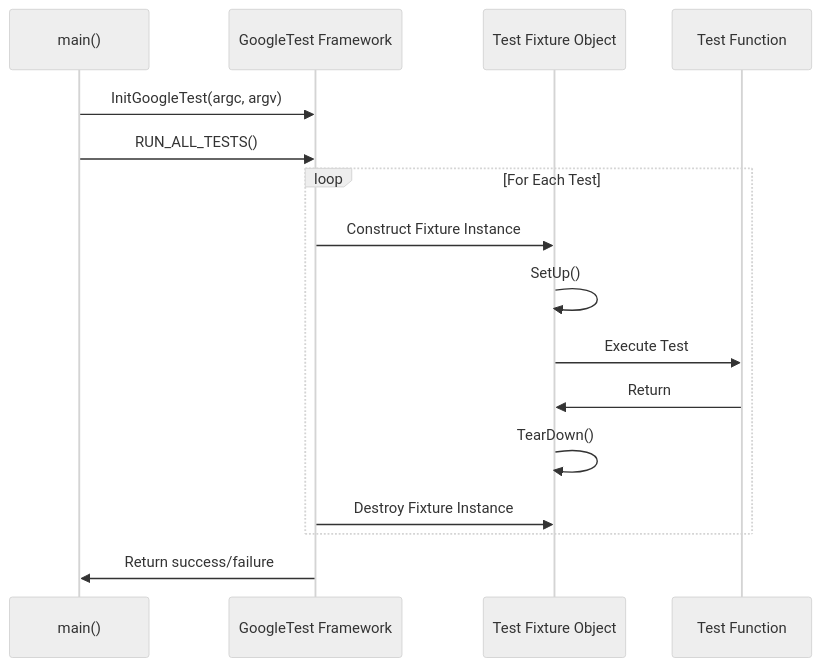
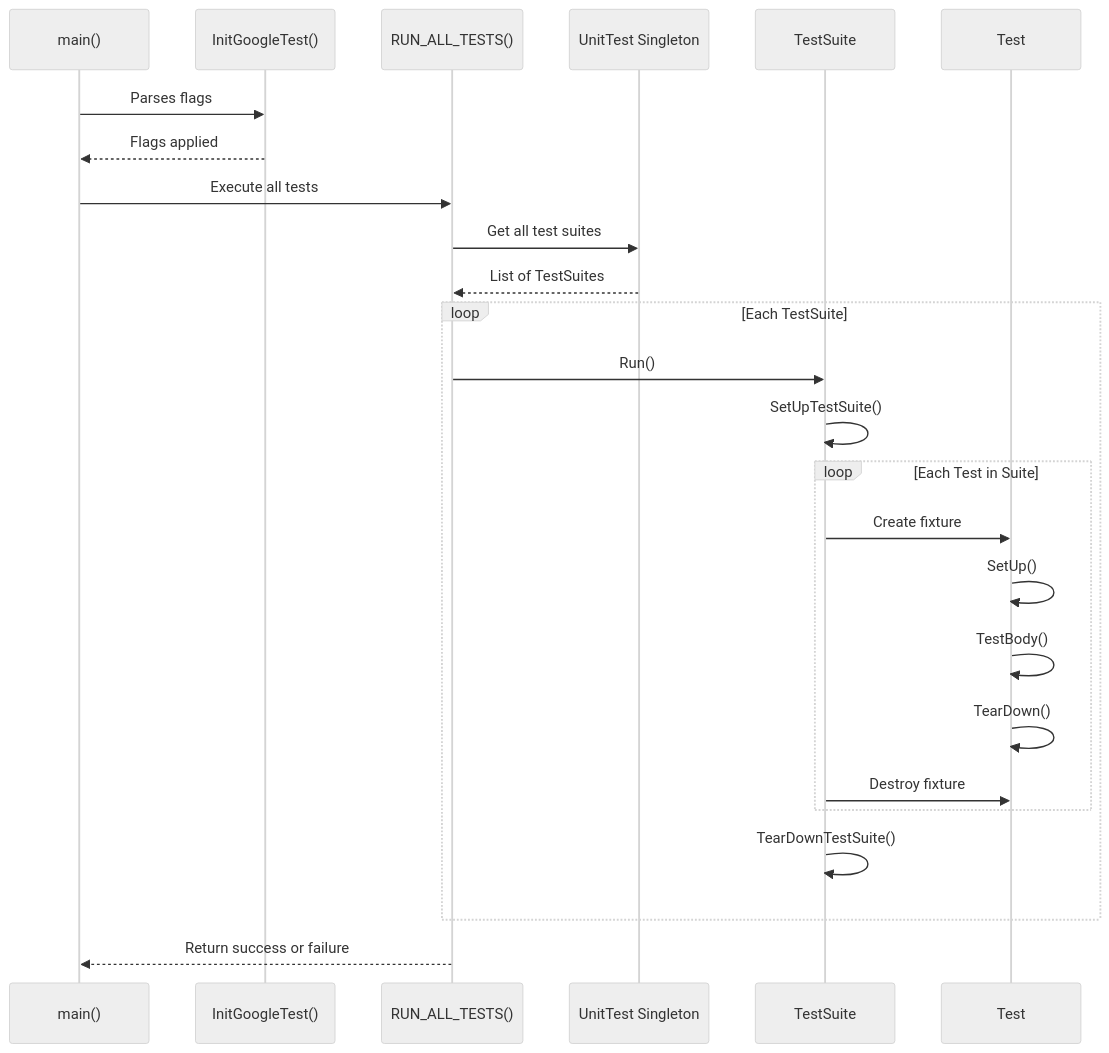
Before and after one commit to clidey/docucod-public-project-869ef7c3-7eff-4ad2-9765-2698303f14d7: the diagram in api-reference/core-testing-apis/test-structure-and-lifecycle.mdx, drawn with Mermaid (neutral theme). The commit also changed other lines of this file and 58 other files, not shown here.

````diff
--- a/api-reference/core-testing-apis/test-structure-and-lifecycle.mdx
+++ b/api-reference/core-testing-apis/test-structure-and-lifecycle.mdx
@@ -282,19 +270,33 @@
 ```mermaid
 sequenceDiagram
   participant Main as main()
-  participant GoogleTest as GoogleTest Framework
-  participant Fixture as Test Fixture Object
-  participant TestBody as Test Function
+  participant Init as InitGoogleTest()
+  participant Runner as RUN_ALL_TESTS()
+  participant UnitTest as UnitTest Singleton
+  participant TestSuite as TestSuite
+  participant Test as Test
 
-  Main->>GoogleTest: InitGoogleTest(argc, argv)
-  Main->>GoogleTest: RUN_ALL_TESTS()
-  loop For Each Test
-    GoogleTest->>Fixture: Construct Fixture Instance
-    Fixture->>Fixture: SetUp()
-    Fixture->>TestBody: Execute Test
-    TestBody->>Fixture: Return
-    Fixture->>Fixture: TearDown()
-    GoogleTest->>Fixture: Destroy Fixture Instance
+  Main->>Init: Parses flags
+  Init-->>Main: Flags applied
+
+  Main->>Runner: Execute all tests
+  Runner->>UnitTest: Get all test suites
+  UnitTest-->>Runner: List of TestSuites
+
+  loop Each TestSuite
+    Runner->>TestSuite: Run()
+    TestSuite->>TestSuite: SetUpTestSuite()
+
+    loop Each Test in Suite
+      TestSuite->>Test: Create fixture
+      Test->>Test: SetUp()
+      Test->>Test: TestBody()
+      Test->>Test: TearDown()
+      TestSuite->>Test: Destroy fixture
+    end
+
+    TestSuite->>TestSuite: TearDownTestSuite()
   end
-  GoogleTest->>Main: Return success/failure
+
+  Runner-->>Main: Return success or failure
 ```
````
